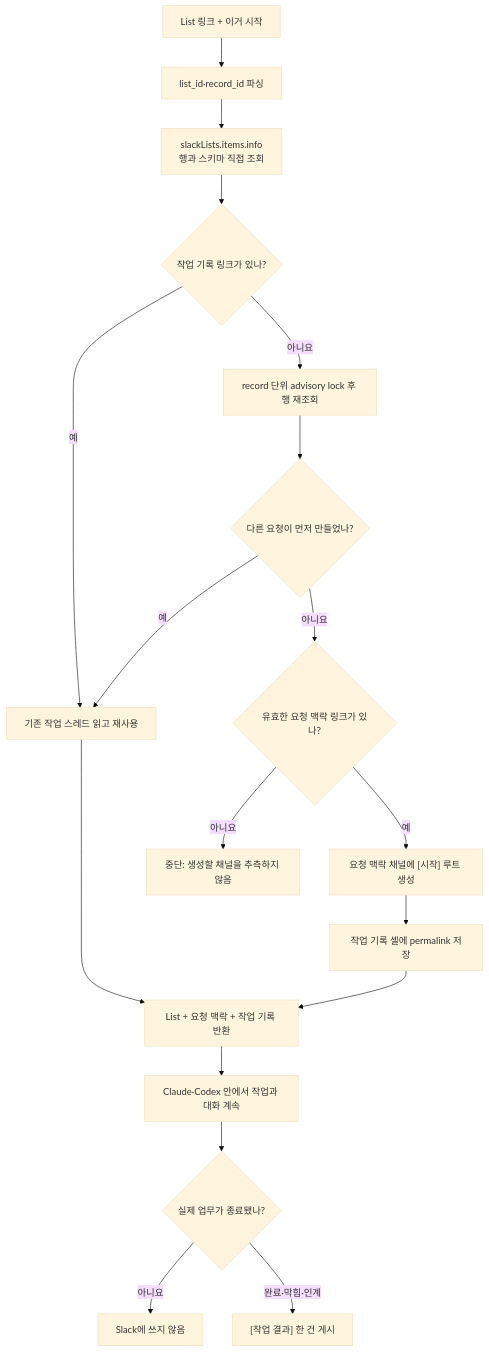
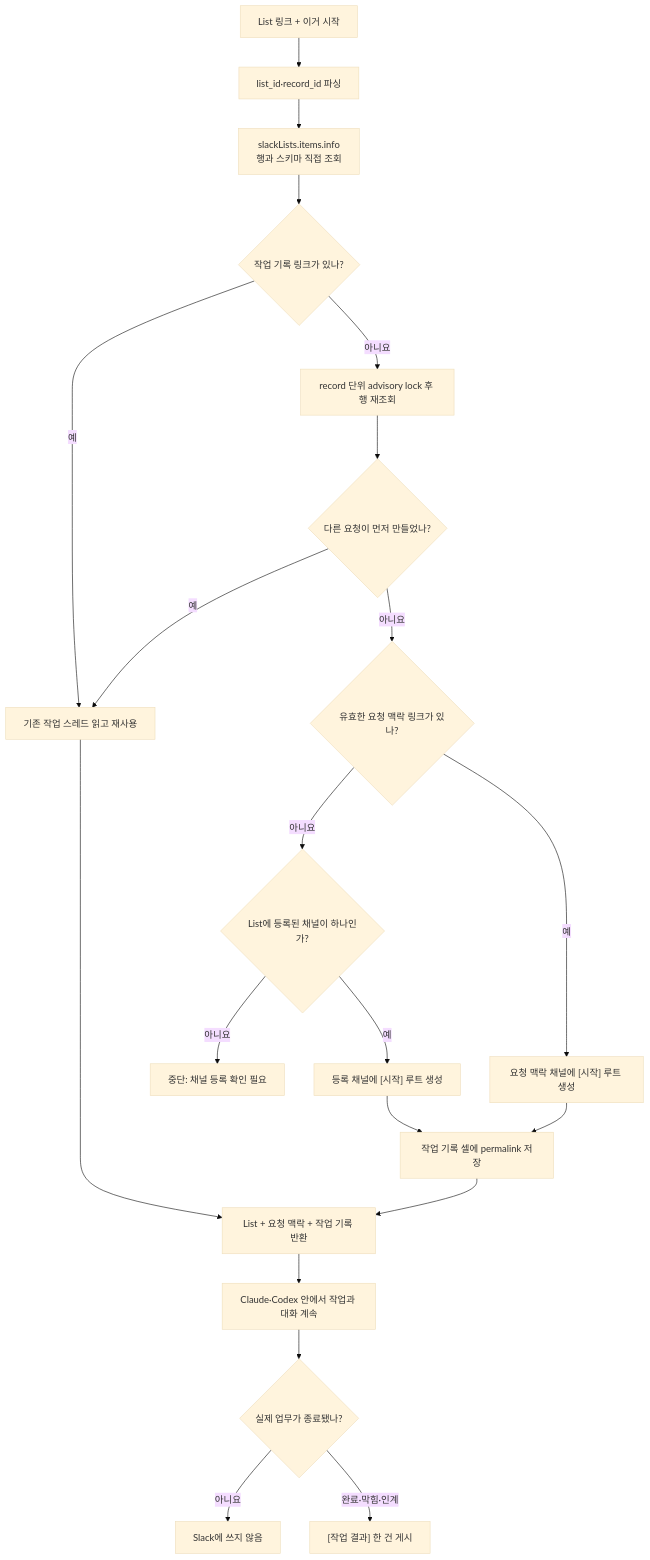
The second of 2 diagrams in docs/slack-list-task-thread-design.md (team-monolith-product/tmn-internal-plugins), drawn with Mermaid (base theme) before and after one commit. The commit also changed other lines of this file and 2 other files, not shown here.

````diff
--- a/docs/slack-list-task-thread-design.md
+++ b/docs/slack-list-task-thread-design.md
@@ -63,20 +62,23 @@
 ```mermaid
 flowchart TD
     U["List 링크 + 이거 시작"] --> P["list_id·record_id 파싱"]
     P --> I["slackLists.items.info<br/>행과 스키마 직접 조회"]
     I --> W{"작업 기록 링크가 있나?"}
     W -- 예 --> WR["기존 작업 스레드 읽고 재사용"]
     W -- 아니요 --> K["record 단위 advisory lock 후 행 재조회"]
     K --> Q{"다른 요청이 먼저 만들었나?"}
     Q -- 예 --> WR
     Q -- 아니요 --> C{"유효한 요청 맥락 링크가 있나?"}
-    C -- 아니요 --> B["중단: 생성할 채널을 추측하지 않음"]
-    C -- 예 --> N["요청 맥락 채널에 [시작] 루트 생성"]
+    C -- 아니요 --> D{"List에 등록된 채널이 하나인가?"}
+    D -- 아니요 --> B["중단: 채널 등록 확인 필요"]
+    D -- 예 --> N["등록 채널에 [시작] 루트 생성"]
+    C -- 예 --> N2["요청 맥락 채널에 [시작] 루트 생성"]
     N --> V["작업 기록 셀에 permalink 저장"]
+    N2 --> V
     V --> R["List + 요청 맥락 + 작업 기록 반환"]
     WR --> R
     R --> X["Claude·Codex 안에서 작업과 대화 계속"]
     X --> E{"실제 업무가 종료됐나?"}
     E -- "아니요" --> Z["Slack에 쓰지 않음"]
     E -- "완료·막힘·인계" --> F["[작업 결과] 한 건 게시"]
 ```
````
